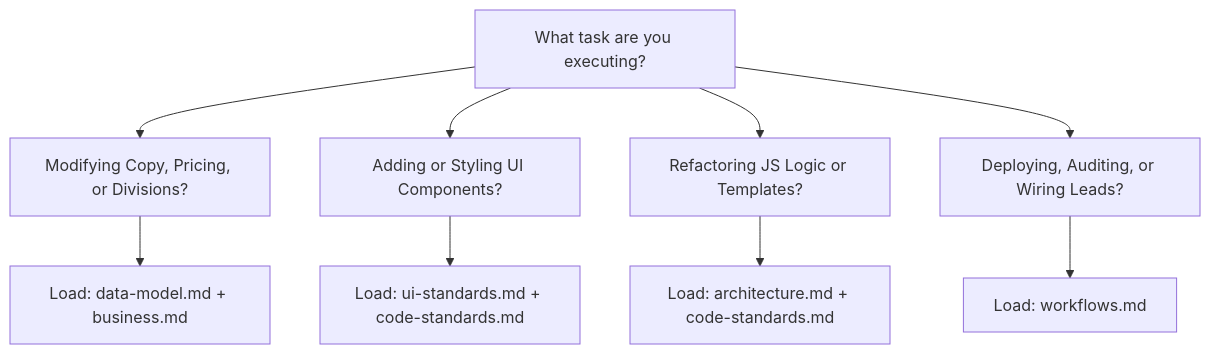
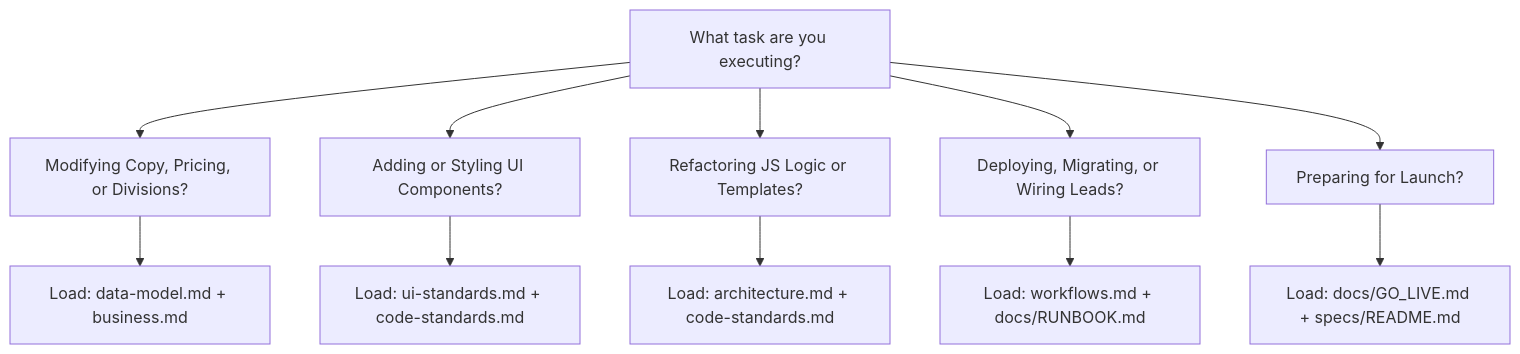
One commit to seancope357/fused-protective-services changed the diagram in context/index.md. Above: the diagram before and after it, drawn with Mermaid. The commit also changed other lines of this file and 13 other files, not shown here.

````diff
--- a/context/index.md
+++ b/context/index.md
@@ -41,13 +43,15 @@
 ```mermaid
 graph TD
     Start["What task are you executing?"]
     Start --> Q1["Modifying Copy, Pricing, or Divisions?"]
     Start --> Q2["Adding or Styling UI Components?"]
     Start --> Q3["Refactoring JS Logic or Templates?"]
-    Start --> Q4["Deploying, Auditing, or Wiring Leads?"]
-    
+    Start --> Q4["Deploying, Migrating, or Wiring Leads?"]
+    Start --> Q5["Preparing for Launch?"]
+
     Q1 --> D1["Load: data-model.md + business.md"]
     Q2 --> D2["Load: ui-standards.md + code-standards.md"]
     Q3 --> D3["Load: architecture.md + code-standards.md"]
-    Q4 --> D4["Load: workflows.md"]
+    Q4 --> D4["Load: workflows.md + docs/RUNBOOK.md"]
+    Q5 --> D5["Load: docs/GO_LIVE.md + specs/README.md"]
 ```
````
